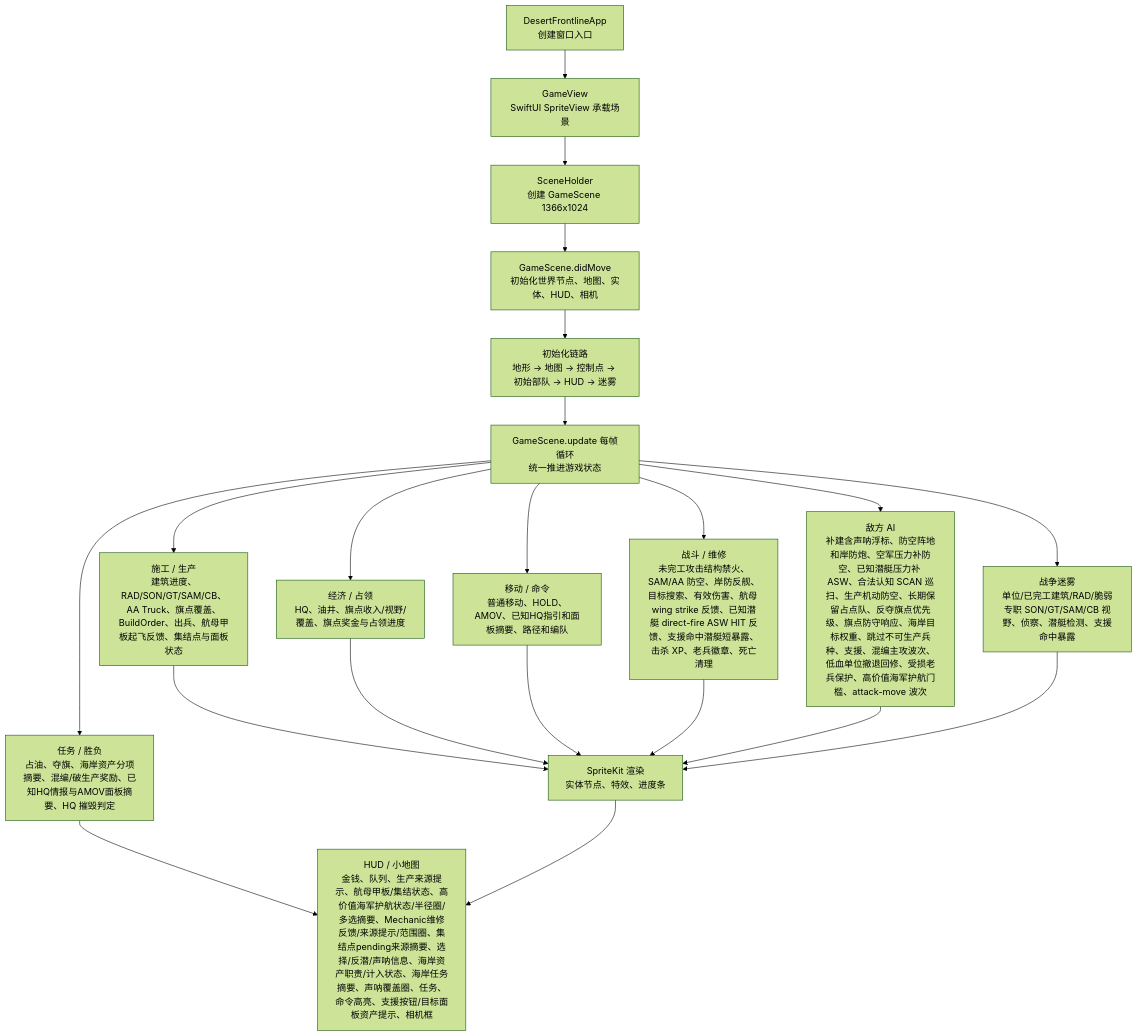
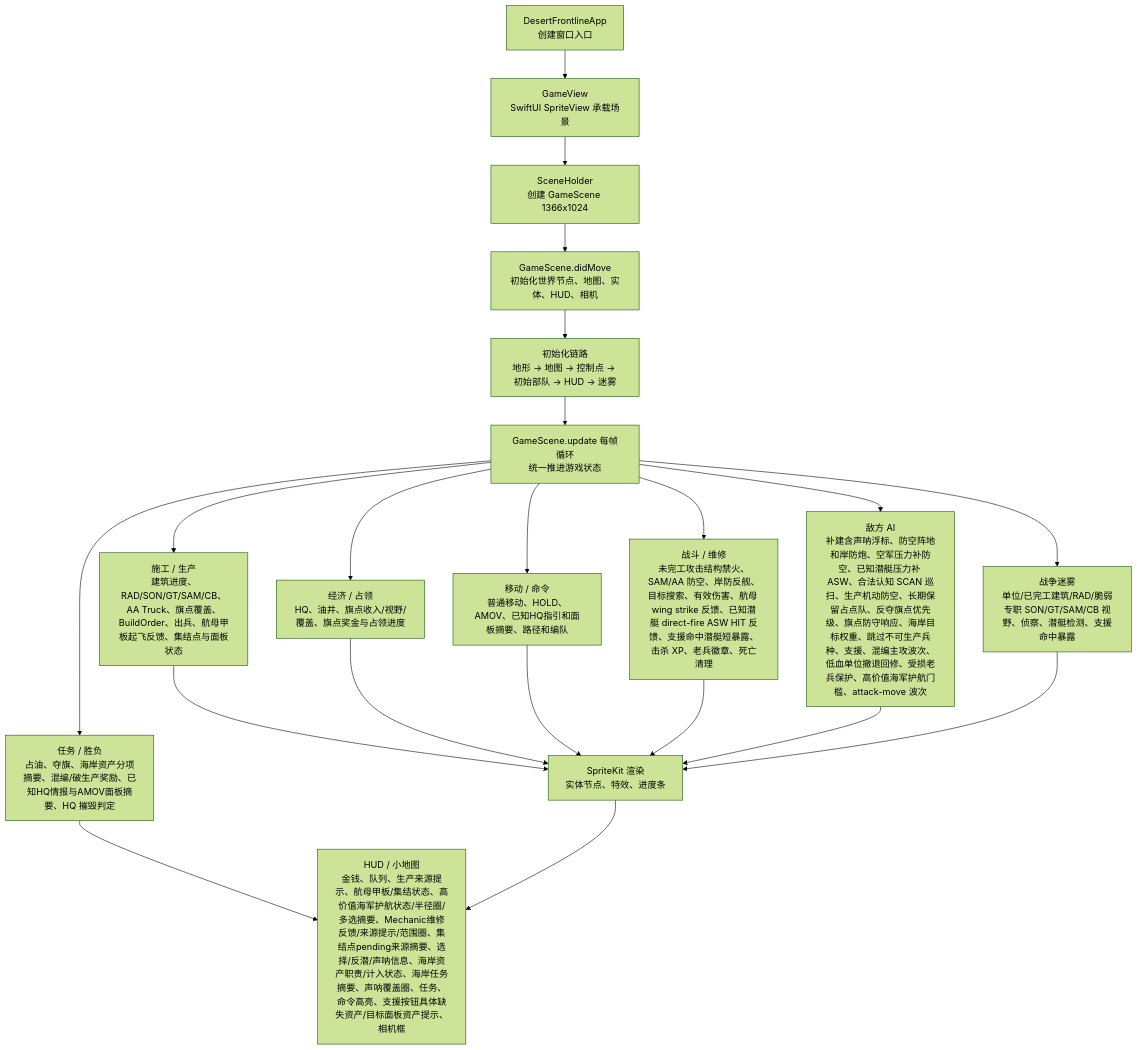
One commit to Altman-sam114/1145 changed the first of 3 diagrams in md/flow/flowchart.md. Above: the diagram before and after it, drawn with Mermaid (forest theme). The commit also changed 4 other files, not shown here.

````diff
--- a/md/flow/flowchart.md
+++ b/md/flow/flowchart.md
@@ -9,23 +9,23 @@
 ```mermaid
 flowchart TD
   App["DesertFrontlineApp\n创建窗口入口"] --> View["GameView\nSwiftUI SpriteView 承载场景"]
   View --> Holder["SceneHolder\n创建 GameScene 1366x1024"]
   Holder --> Scene["GameScene.didMove\n初始化世界节点、地图、实体、HUD、相机"]
   Scene --> Init["初始化链路\n地形 -> 地图 -> 控制点 -> 初始部队 -> HUD -> 迷雾"]
   Init --> Loop["GameScene.update 每帧循环\n统一推进游戏状态"]
   Loop --> Build["施工 / 生产\n建筑进度、RAD/SON/GT/SAM/CB、AA Truck、旗点覆盖、BuildOrder、出兵、航母甲板起飞反馈、集结点与面板状态"]
   Loop --> Economy["经济 / 占领\nHQ、油井、旗点收入/视野/覆盖、旗点奖金与占领进度"]
   Loop --> Commands["移动 / 命令\n普通移动、HOLD、AMOV、已知HQ指引和面板摘要、路径和编队"]
   Loop --> Combat["战斗 / 维修\n未完工攻击结构禁火、SAM/AA 防空、岸防反舰、目标搜索、有效伤害、航母 wing strike 反馈、已知潜艇 direct-fire ASW HIT 反馈、支援命中潜艇短暴露、击杀 XP、老兵徽章、死亡清理"]
   Loop --> AI["敌方 AI\n补建含声呐浮标、防空阵地和岸防炮、空军压力补防空、已知潜艇压力补 ASW、合法认知 SCAN 巡扫、生产机动防空、长期保留占点队、反夺旗点优先级、旗点防守响应、海岸目标权重、跳过不可生产兵种、支援、混编主攻波次、低血单位撤退回修、受损老兵保护、高价值海军护航门槛、attack-move 波次"]
   Loop --> Fog["战争迷雾\n单位/已完工建筑/RAD/脆弱专职 SON/GT/SAM/CB 视野、侦察、潜艇检测、支援命中暴露"]
   Loop --> Mission["任务 / 胜负\n占油、夺旗、海岸资产分项摘要、混编/破生产奖励、已知HQ情报与AMOV面板摘要、HQ 摧毁判定"]
   Build --> Render["SpriteKit 渲染\n实体节点、特效、进度条"]
   Economy --> Render
   Commands --> Render
   Combat --> Render
   AI --> Render
   Fog --> Render
-  Mission --> HUD["HUD / 小地图\n金钱、队列、生产来源提示、航母甲板/集结状态、高价值海军护航状态/半径圈/多选摘要、Mechanic维修反馈/来源提示/范围圈、集结点pending来源摘要、选择/反潜/声呐信息、海岸资产职责/计入状态、海岸任务摘要、声呐覆盖圈、任务、命令高亮、支援按钮/目标面板资产提示、相机框"]
+  Mission --> HUD["HUD / 小地图\n金钱、队列、生产来源提示、航母甲板/集结状态、高价值海军护航状态/半径圈/多选摘要、Mechanic维修反馈/来源提示/范围圈、集结点pending来源摘要、选择/反潜/声呐信息、海岸资产职责/计入状态、海岸任务摘要、声呐覆盖圈、任务、命令高亮、支援按钮具体缺失资产/目标面板资产提示、相机框"]
   Render --> HUD
 ```
````
